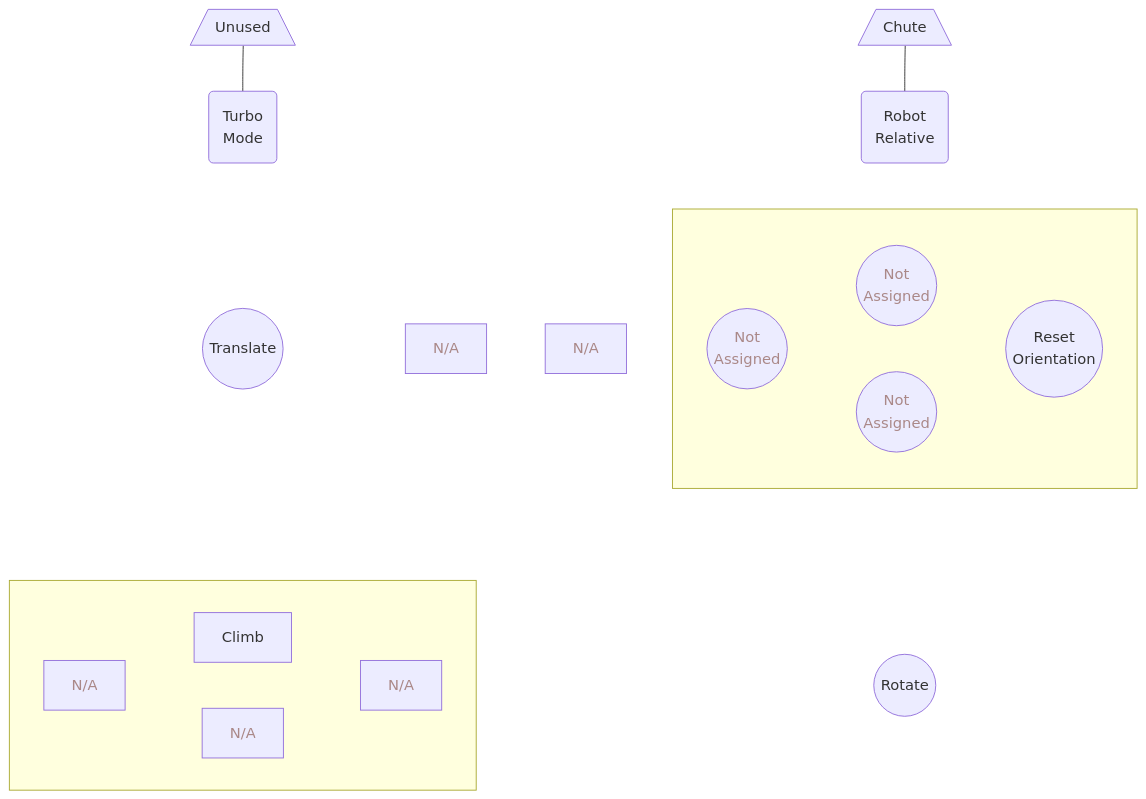
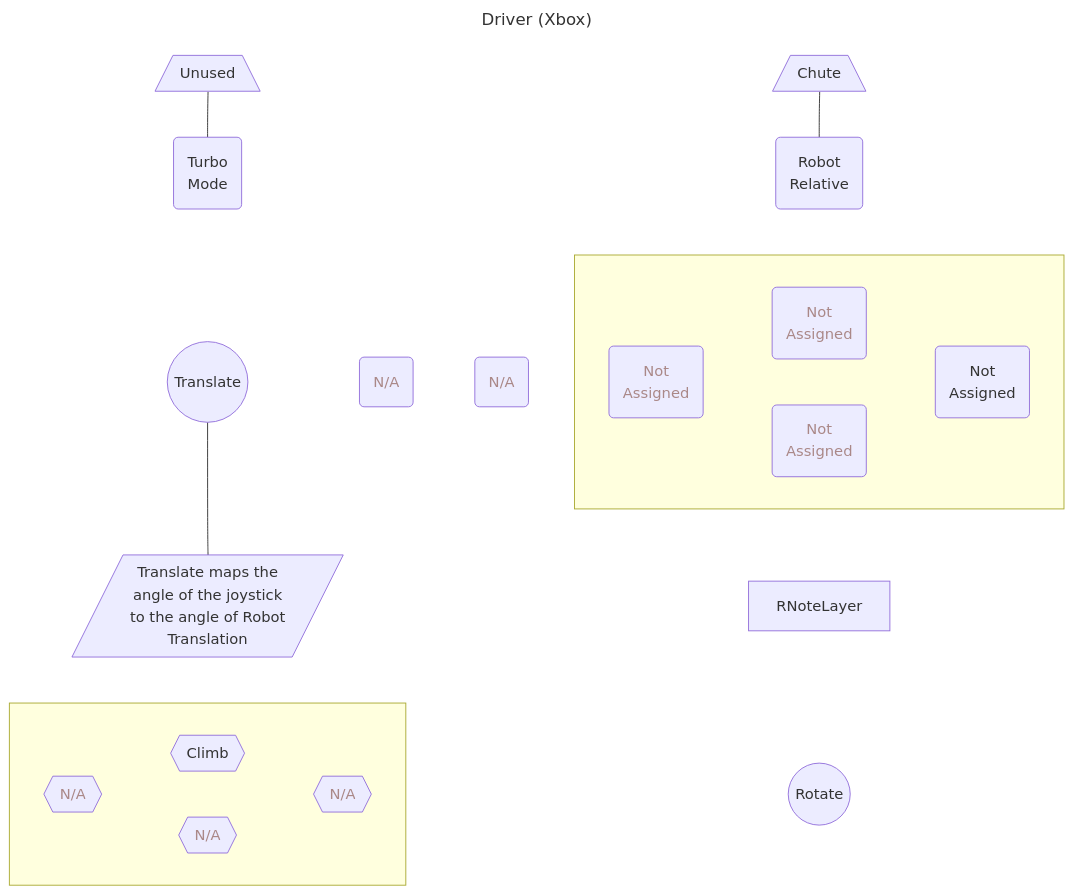
Before and after one commit to Raptacon/Robot-2025: the diagram in doc/controller_diagrams/driver_xbox_2025.mermaid, drawn with Mermaid.

Commit message:
driver diagram notes

```diff
--- a/doc/controller_diagrams/driver_xbox_2025.mermaid
+++ b/doc/controller_diagrams/driver_xbox_2025.mermaid
@@ -1,47 +1,60 @@
+---
+title: Driver (Xbox)
+---
 graph TB
     LT[/Unused\]
     NullTrigger:::hidden
     RT[/Chute\]
 
-    LB("Turbo\nMode")
+    LB("Turbo
+        Mode")
     NullBumper:::hidden
-    RB(Robot\nRelative)
+    RB("Robot
+        Relative")
 
     LJs((Translate))
-    Start["N/A"]:::na
-    Select["N/A"]:::na
+    Start("N/A"):::na
+    Select("N/A"):::na
     subgraph buttons[ ]
-        x((Not\nAssigned)):::na
-        y((Not\nAssigned)):::na
-        a((Not\nAssigned)):::na
-        b((Reset\nOrientation))
+        x("Not 
+            Assigned"):::na
+        y("Not 
+            Assigned"):::na
+        a("Not 
+            Assigned"):::na
+        b("Not 
+            Assigned")
 
         x~~~y~~~b
         x~~~a~~~b
     end
+    
 
-    LNoteLayer:::hidden
+    LNoteLayer[/"Translate maps the
+                      angle of the joystick
+                      to the angle of Robot
+                      Translation"/]:::note
     MNoteLayer:::hidden
-    RNoteLayer:::hidden
+    RNoteLayer:::note
 
     subgraph dpad[ ]
-        dL["N/A"]:::na
-        dU[Climb]
-        dD[N/A]:::na
-        dR[N/A]:::na
+        dL{{"N/A"}}:::na
+        dU{{Climb}}
+        dD{{N/A}}:::na
+        dR{{N/A}}:::na
 
         dL~~~dU~~~dR
         dL~~~dD~~~dR
     end
     NullBottom:::hidden
     RJs((Rotate))
 
-    LT---LB~~~LJs~~~LNoteLayer~~~dpad
+    LT---LB~~~LJs---LNoteLayer~~~dpad
     NullTrigger~~~NullBumper
         NullBumper~~~Start~~~MNoteLayer
         NullBumper~~~Select~~~MNoteLayer
         MNoteLayer~~~NullBottom
     RT---RB~~~buttons~~~RNoteLayer~~~RJs
-    
+
 classDef hidden display: none;
 classDef na color: #a88
```
